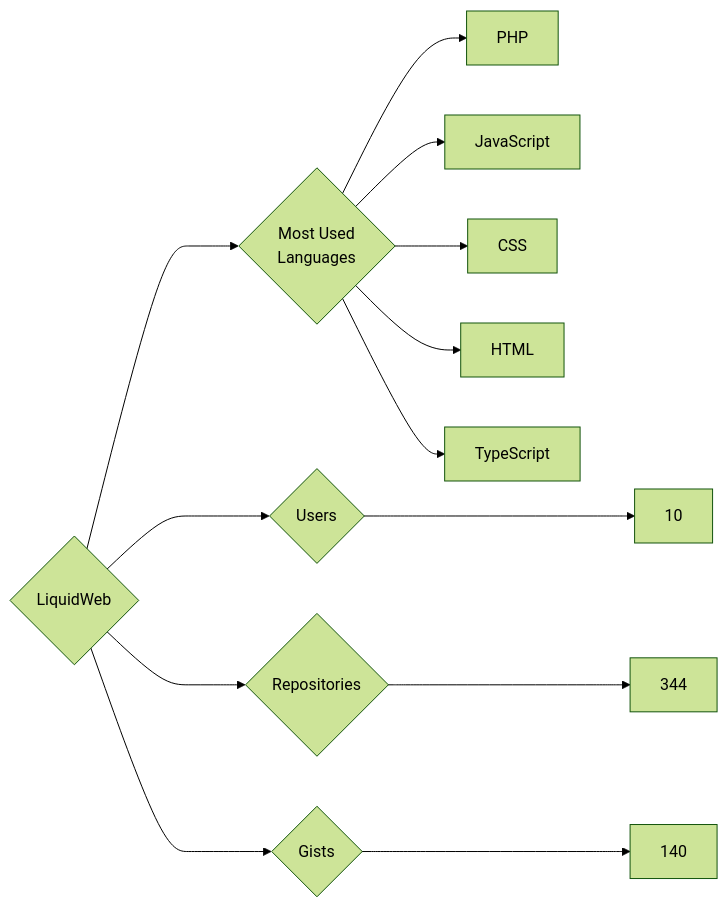
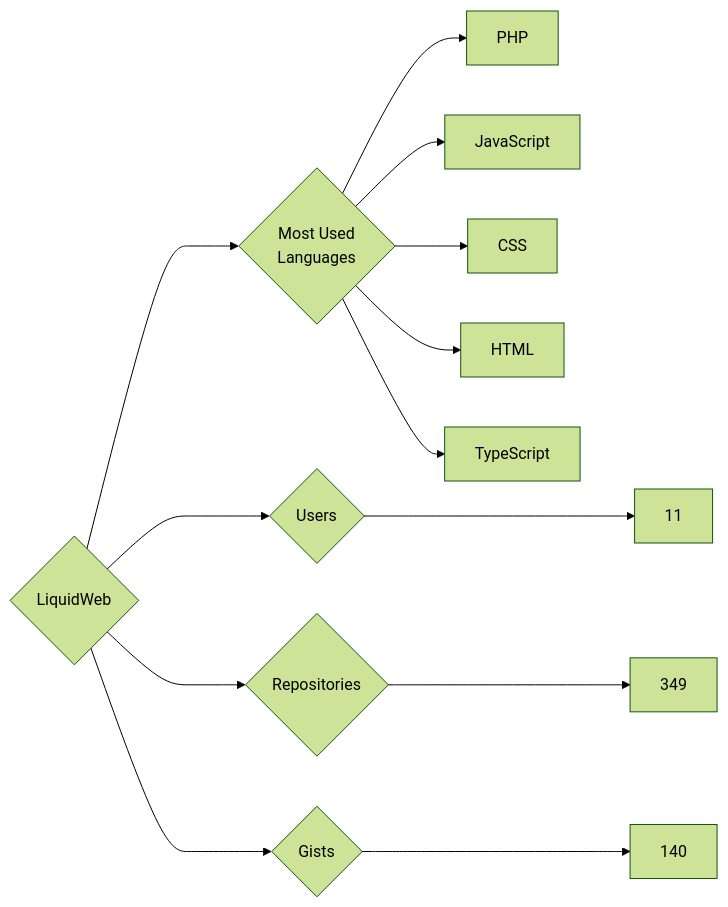
One commit to trickest/insiders changed the diagram in targets/LiquidWeb/README.md. Above: the diagram before and after it, drawn with Mermaid (forest theme). The commit also changed 953 other files, not shown here.

````diff
--- a/targets/LiquidWeb/README.md
+++ b/targets/LiquidWeb/README.md
@@ -3,13 +3,13 @@
 ```mermaid
 graph LR
 COMPANY_NAME{LiquidWeb}
-COMPANY_NAME ---> U{Users} ---> UN[10]
-COMPANY_NAME ---> R{Repositories} ---> RN[344]
+COMPANY_NAME ---> U{Users} ---> UN[11]
+COMPANY_NAME ---> R{Repositories} ---> RN[349]
 COMPANY_NAME ---> G{Gists} ---> GN[140]
 COMPANY_NAME ---> ML{Most Used<br>Languages}
 ML --> PHP[PHP]
 ML --> JavaScript[JavaScript]
 ML --> CSS[CSS]
 ML --> HTML[HTML]
 ML --> TypeScript[TypeScript]
 ```
````
